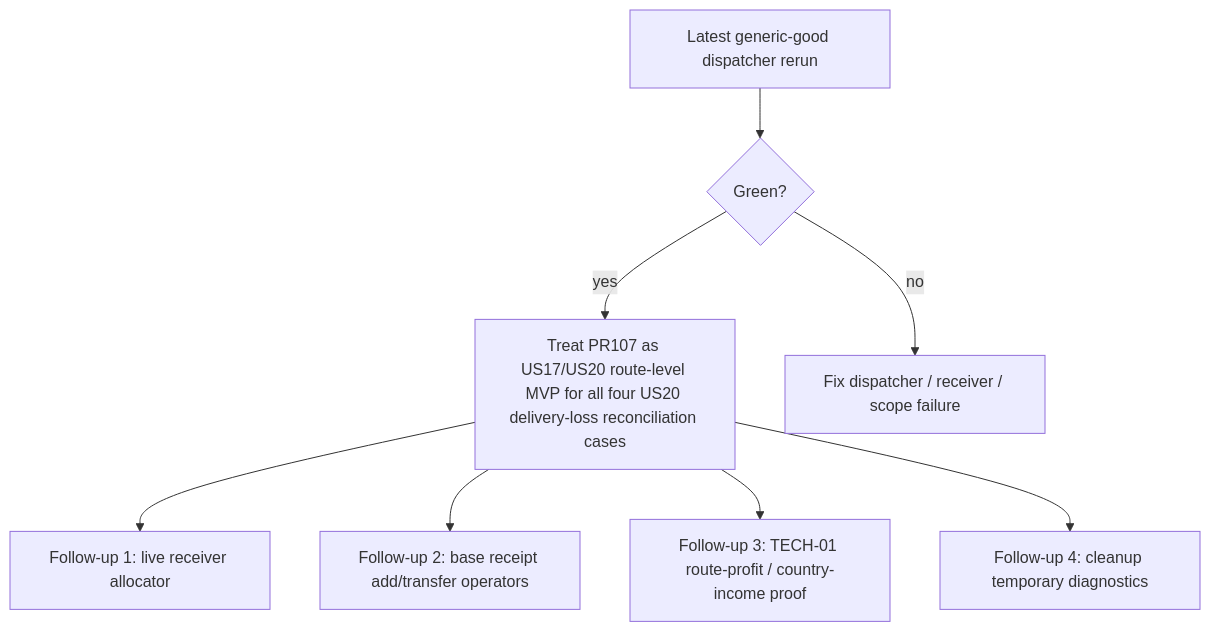
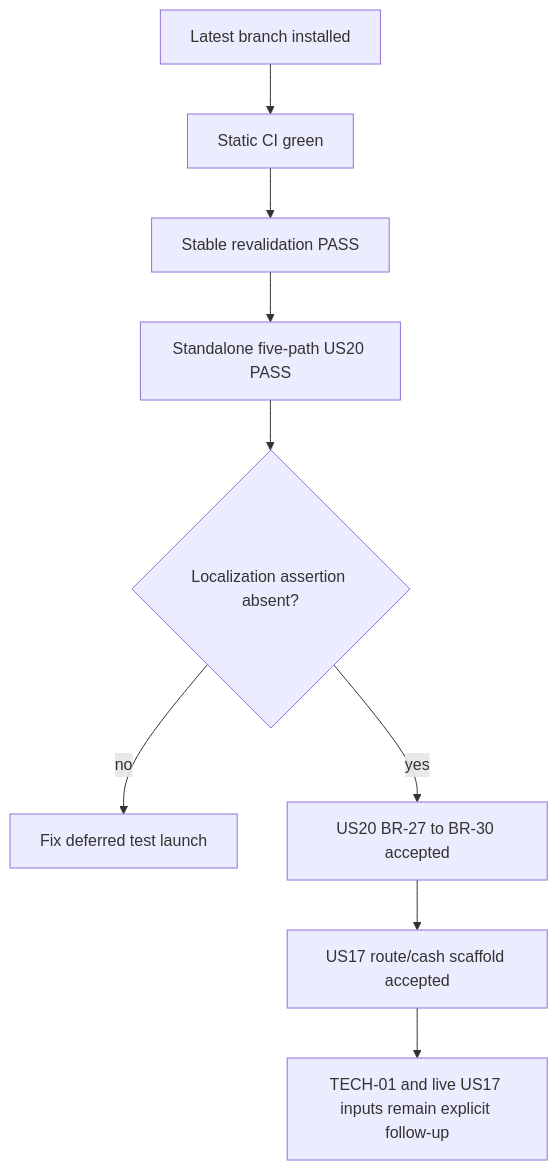
Before and after one commit to eu5mod/eu5-no-void-economy: the sixth of 6 diagrams in docs/audits/pr107/Q5_workflow_state.md, drawn with Mermaid. The commit also changed other lines of this file, not shown here.

Commit message:
Update PR107 Q5 flow and coverage status

````diff
--- a/docs/audits/pr107/Q5_workflow_state.md
+++ b/docs/audits/pr107/Q5_workflow_state.md
@@ -310,10 +294,11 @@
 ```mermaid
 flowchart TD
-    A[Latest generic-good dispatcher rerun] --> B{Green?}
-    B -- yes --> C[Treat PR107 as US17/US20 route-level MVP for all four US20 delivery-loss reconciliation cases]
-    B -- no --> D[Fix dispatcher / receiver / scope failure]
-    C --> E[Follow-up 1: live receiver allocator]
-    C --> F[Follow-up 2: base receipt add/transfer operators]
-    C --> G[Follow-up 3: TECH-01 route-profit / country-income proof]
-    C --> H[Follow-up 4: cleanup temporary diagnostics]
+    A[Latest branch installed] --> B[Static CI green]
+    B --> C[Stable revalidation PASS]
+    C --> D[Standalone five-path US20 PASS]
+    D --> E{Localization assertion absent?}
+    E -- no --> F[Fix deferred test launch]
+    E -- yes --> G[US20 BR-27 to BR-30 accepted]
+    G --> H[US17 route/cash scaffold accepted]
+    H --> I[TECH-01 and live US17 inputs remain explicit follow-up]
 ```
````
